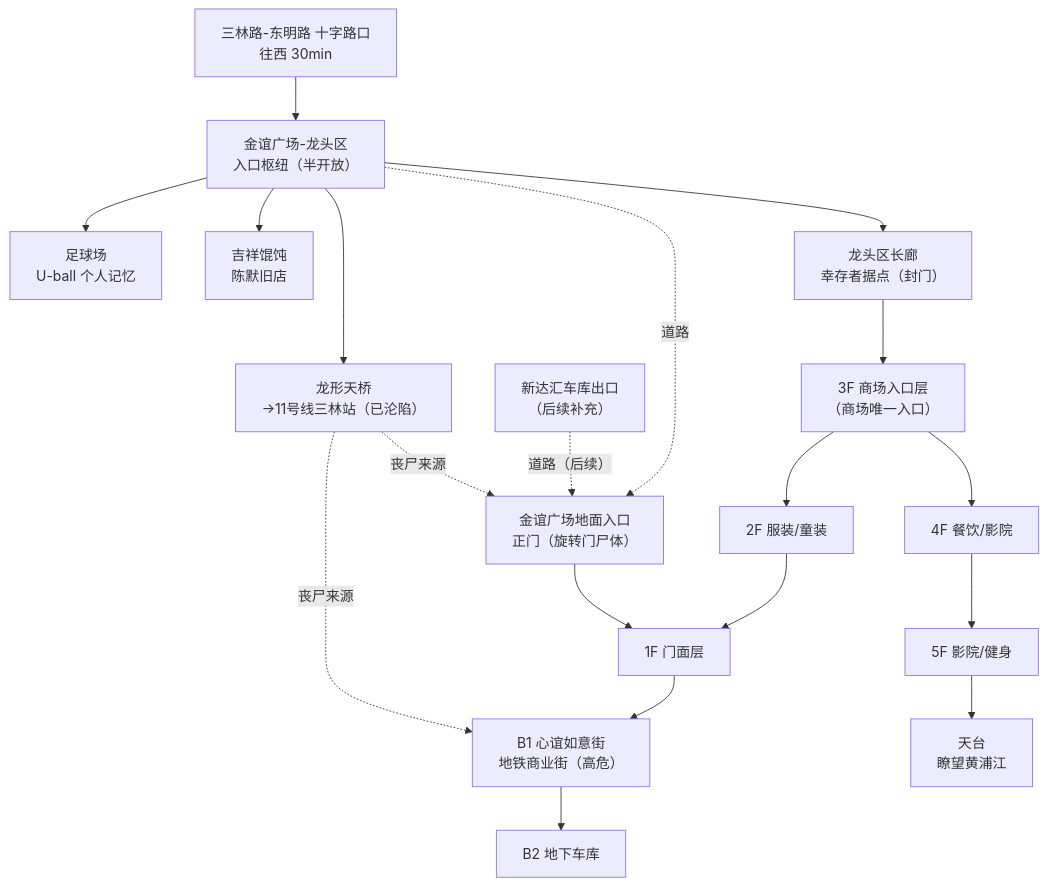
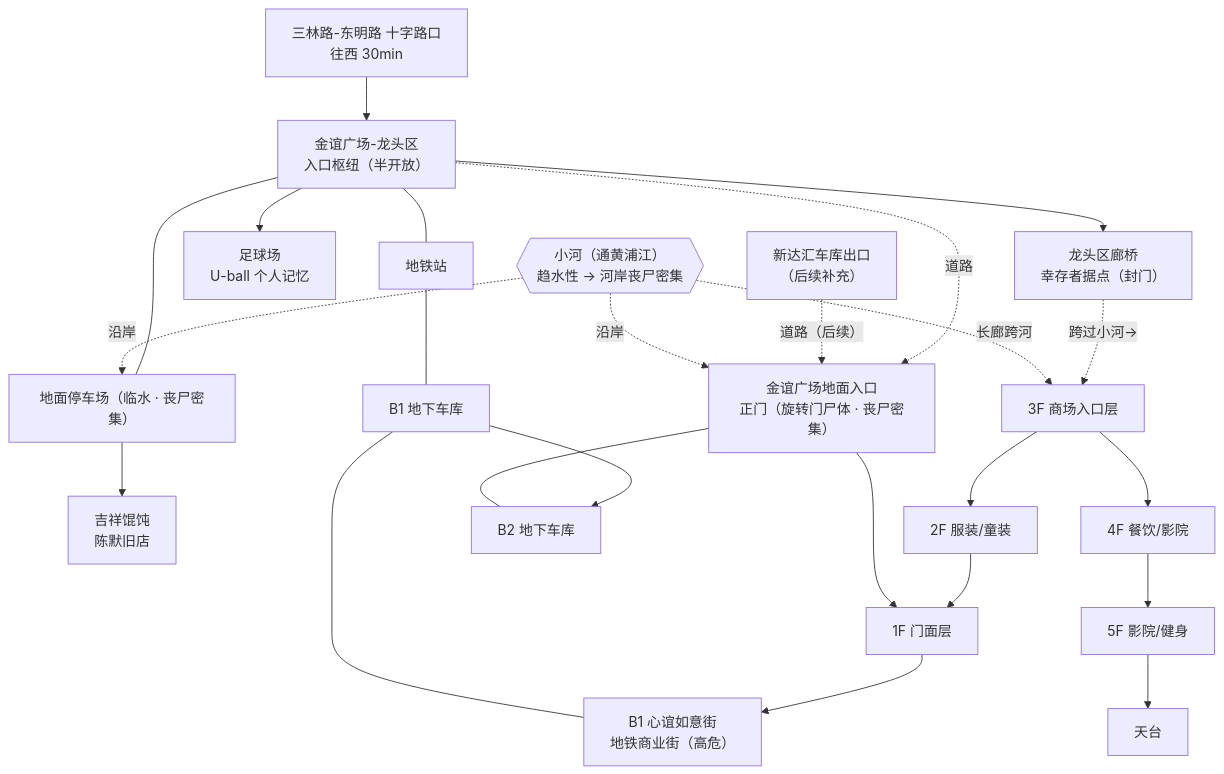
One commit to bobomymz/Plot-Game changed the diagram in 金谊广场结构.md. Above: the diagram before and after it, drawn with Mermaid. The commit also changed other lines of this file, not shown here.

````diff
--- a/金谊广场结构.md
+++ b/金谊广场结构.md
@@ -65,25 +80,32 @@
 ```mermaid
 flowchart TD
     START["三林路-东明路 十字路口<br/>往西 30min"] --> ENTRY["金谊广场-龙头区<br/>入口枢纽（半开放）"]
 
-    ENTRY --> BRIDGE["龙形天桥<br/>→11号线三林站（已沦陷）"]
+    ENTRY --> HALL["龙头区廊桥<br/>幸存者据点（封门）"]
+    ENTRY --- PARK["地面停车场（临水 · 丧尸密集）"]
     ENTRY --> FIELD["足球场<br/>U-ball 个人记忆"]
-    ENTRY --> DUMPLING["吉祥馄饨<br/>陈默旧店"]
-    ENTRY --> HALL["龙头区长廊<br/>幸存者据点（封门）"]
+    ENTRY --- METRO["地铁站"]
 
-    HALL --> L3["3F 商场入口层<br/>（商场唯一入口）"]
+    PARK --> DUMPLING["吉祥馄饨<br/>陈默旧店"]
+
+    HALL -.跨过小河→.-> L3["3F 商场入口层<br/>"]
     L3 --> L2["2F 服装/童装"]
     L2 --> L1["1F 门面层"]
-    L1 --> B1["B1 心谊如意街<br/>地铁商业街（高危）"]
+    L1 --> B1STORE["B1 心谊如意街<br/>地铁商业街（高危）"]
     B1 --> B2["B2 地下车库"]
     L3 --> L4["4F 餐饮/影院"]
     L4 --> L5["5F 影院/健身"]
-    L5 --> ROOF["天台<br/>瞭望黄浦江"]
+    L5 --> ROOF["天台<br/>"]
 
-    ENTRY -.道路.-> GROUND["金谊广场地面入口<br/>正门（旋转门尸体）"]
+    METRO --- B1["B1 地下车库"]
+    B1 --- B1STORE
+
+    ENTRY -.道路.-> GROUND["金谊广场地面入口<br/>正门（旋转门尸体 · 丧尸密集）"]
     GROUND --> L1
+    GROUND --- B2
     GARAGE["新达汇车库出口<br/>（后续补充）"] -.道路（后续）.-> GROUND
 
-    BRIDGE -.丧尸来源.-> B1
-    BRIDGE -.丧尸来源.-> GROUND
+    RIVER{{"小河（通黄浦江）<br/>趋水性 → 河岸丧尸密集"}} -.沿岸.-> PARK
+    RIVER -.沿岸.-> GROUND
+    RIVER -.长廊跨河.-> L3
 ```
````
